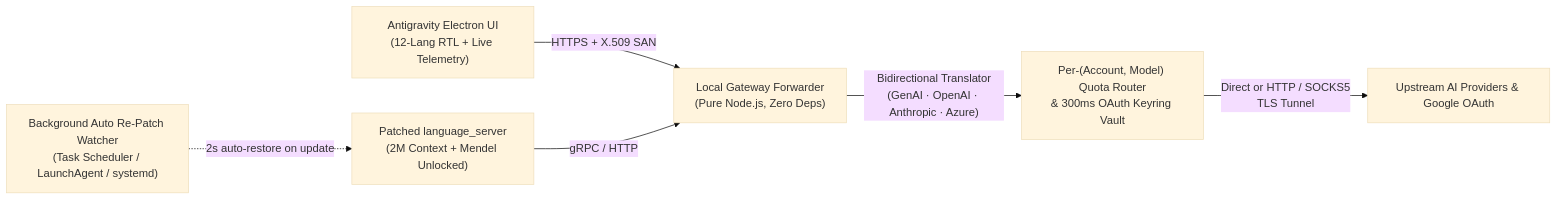
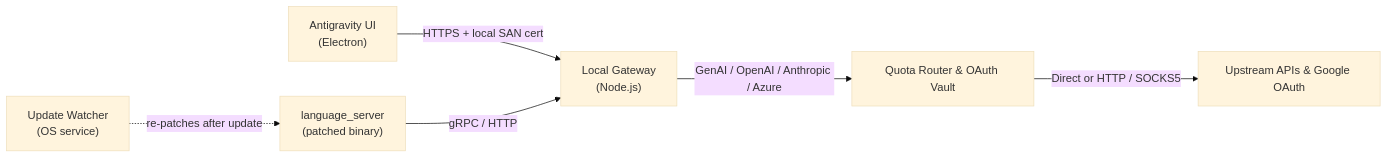
The diagram in README.md (DianaFoxington/antigravity-plus), drawn with Mermaid (base theme) before and after one commit. The commit also changed other lines of this file, not shown here.

Commit message:
Rewrite README in a direct, developer-written tone

````diff
--- a/README.md
+++ b/README.md
@@ -111,8 +106,8 @@
 ```mermaid
 flowchart LR
-    UI["Antigravity Electron UI<br/>(12-Lang RTL + Live Telemetry)"] -->|HTTPS + X.509 SAN| GW["Local Gateway Forwarder<br/>(Pure Node.js, Zero Deps)"]
-    LS["Patched language_server<br/>(2M Context + Mendel Unlocked)"] -->|gRPC / HTTP| GW
-    GW -->|"Bidirectional Translator<br/>(GenAI · OpenAI · Anthropic · Azure)"| Router["Per-(Account, Model) Quota Router<br/>& 300ms OAuth Keyring Vault"]
-    Router -->|"Direct or HTTP / SOCKS5<br/>TLS Tunnel"| Up["Upstream AI Providers & Google OAuth"]
-    Watch["Background Auto Re-Patch Watcher<br/>(Task Scheduler / LaunchAgent / systemd)"] -.->|"2s auto-restore on update"| LS
+    UI["Antigravity UI<br/>(Electron)"] -->|HTTPS + local SAN cert| GW["Local Gateway<br/>(Node.js)"]
+    LS["language_server<br/>(patched binary)"] -->|gRPC / HTTP| GW
+    GW -->|GenAI / OpenAI / Anthropic / Azure| Router["Quota Router &amp; OAuth Vault"]
+    Router -->|Direct or HTTP / SOCKS5| Up["Upstream APIs &amp; Google OAuth"]
+    Watch["Update Watcher<br/>(OS service)"] -.->|re-patches after update| LS
 ```
````
